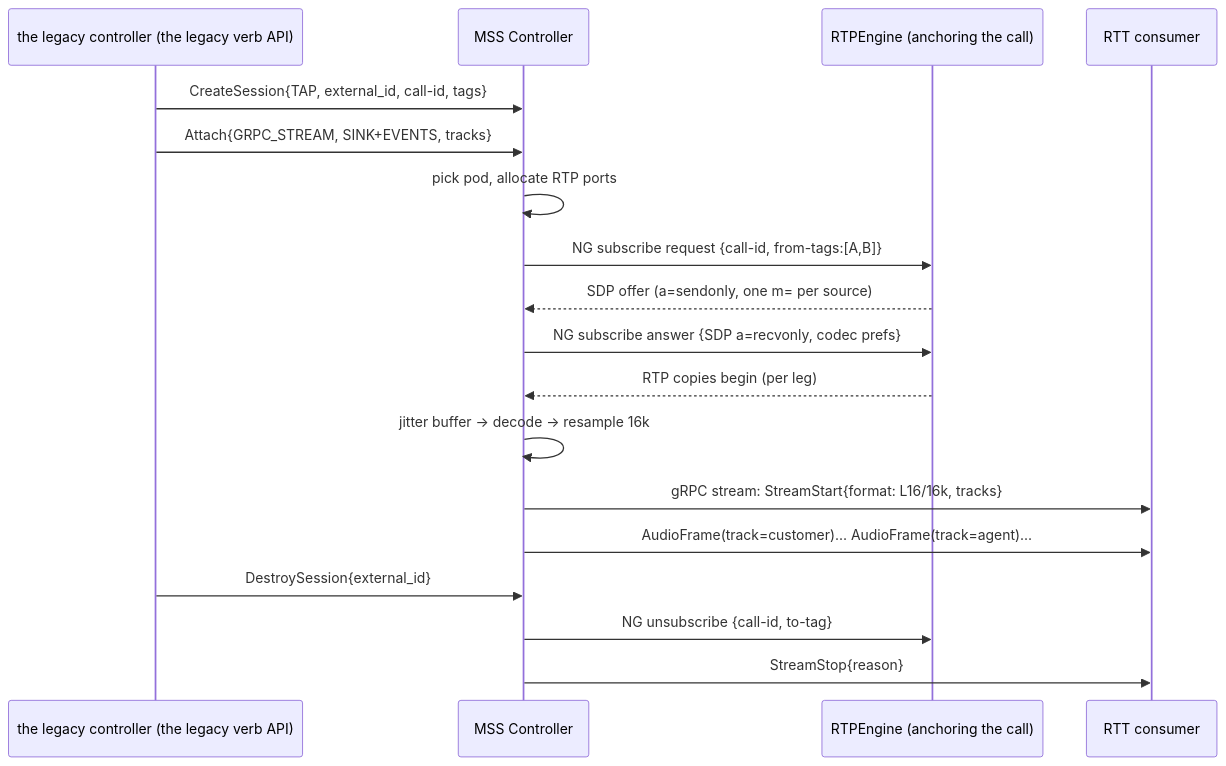
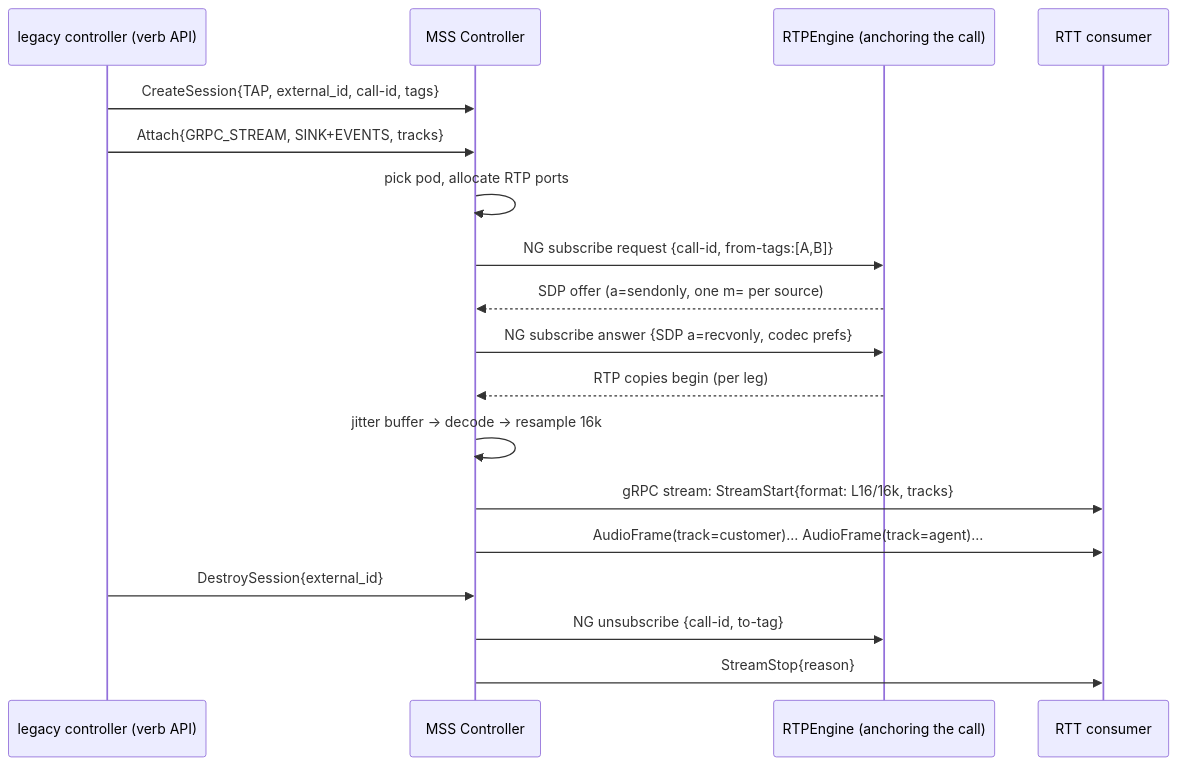
The third of 4 diagrams in docs/architecture.md (lazyboson/mediaserver), drawn with Mermaid before and after one commit. The commit also changed other lines of this file and 18 other files, not shown here.

````diff
--- a/docs/architecture.md
+++ b/docs/architecture.md
@@ -180,21 +179,21 @@
 ```mermaid
 sequenceDiagram
-    participant CG as the legacy controller (the legacy verb API)
+    participant CG as legacy controller (verb API)
     participant MSS as MSS Controller
     participant RE as RTPEngine (anchoring the call)
     participant RTT as RTT consumer
 
     CG->>MSS: CreateSession{TAP, external_id, call-id, tags}
     CG->>MSS: Attach{GRPC_STREAM, SINK+EVENTS, tracks}
     MSS->>MSS: pick pod, allocate RTP ports
     MSS->>RE: NG subscribe request {call-id, from-tags:[A,B]}
     RE-->>MSS: SDP offer (a=sendonly, one m= per source)
     MSS->>RE: NG subscribe answer {SDP a=recvonly, codec prefs}
     RE-->>MSS: RTP copies begin (per leg)
     MSS->>MSS: jitter buffer → decode → resample 16k
     MSS->>RTT: gRPC stream: StreamStart{format: L16/16k, tracks}
     MSS->>RTT: AudioFrame(track=customer)… AudioFrame(track=agent)…
     CG->>MSS: DestroySession{external_id}
     MSS->>RE: NG unsubscribe {call-id, to-tag}
     MSS->>RTT: StreamStop{reason}
 ```
````
